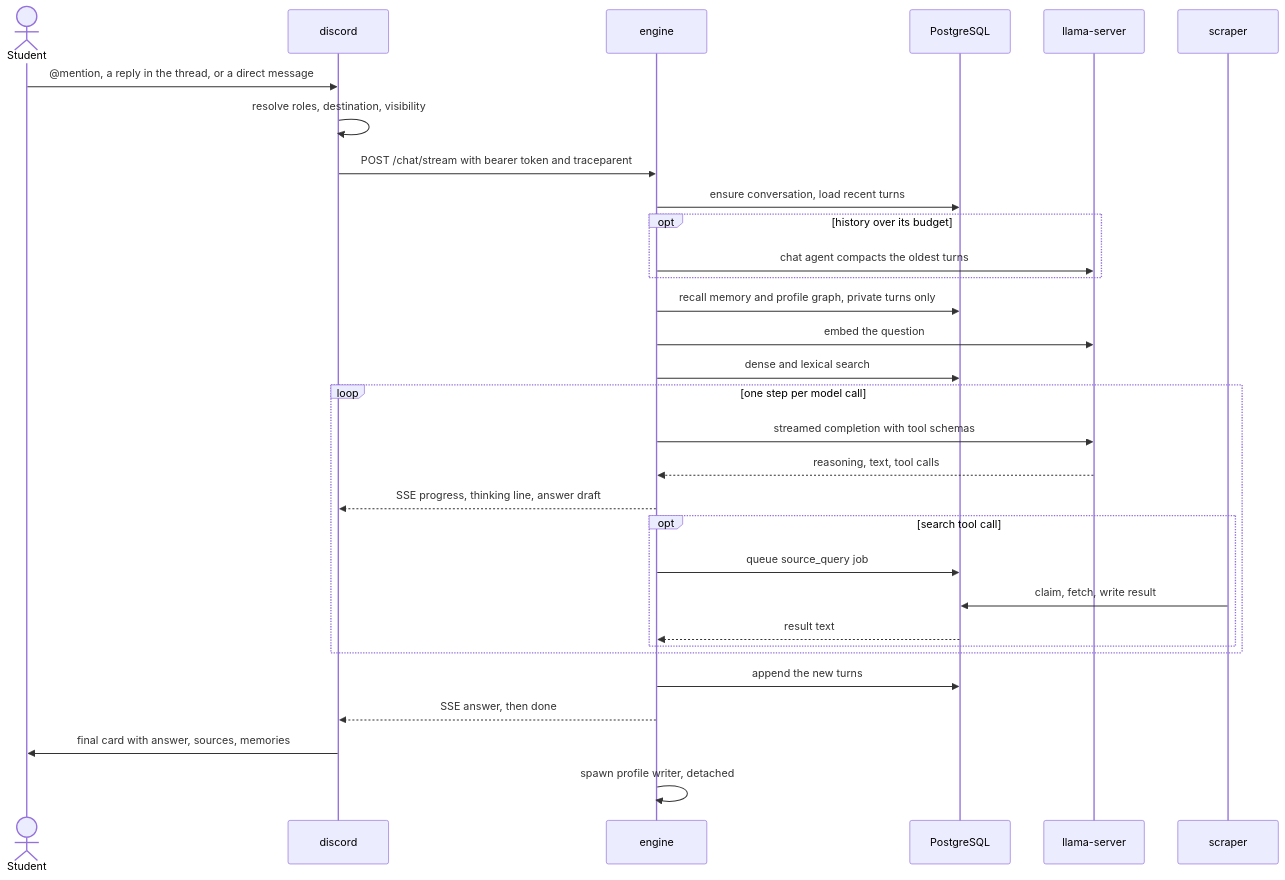
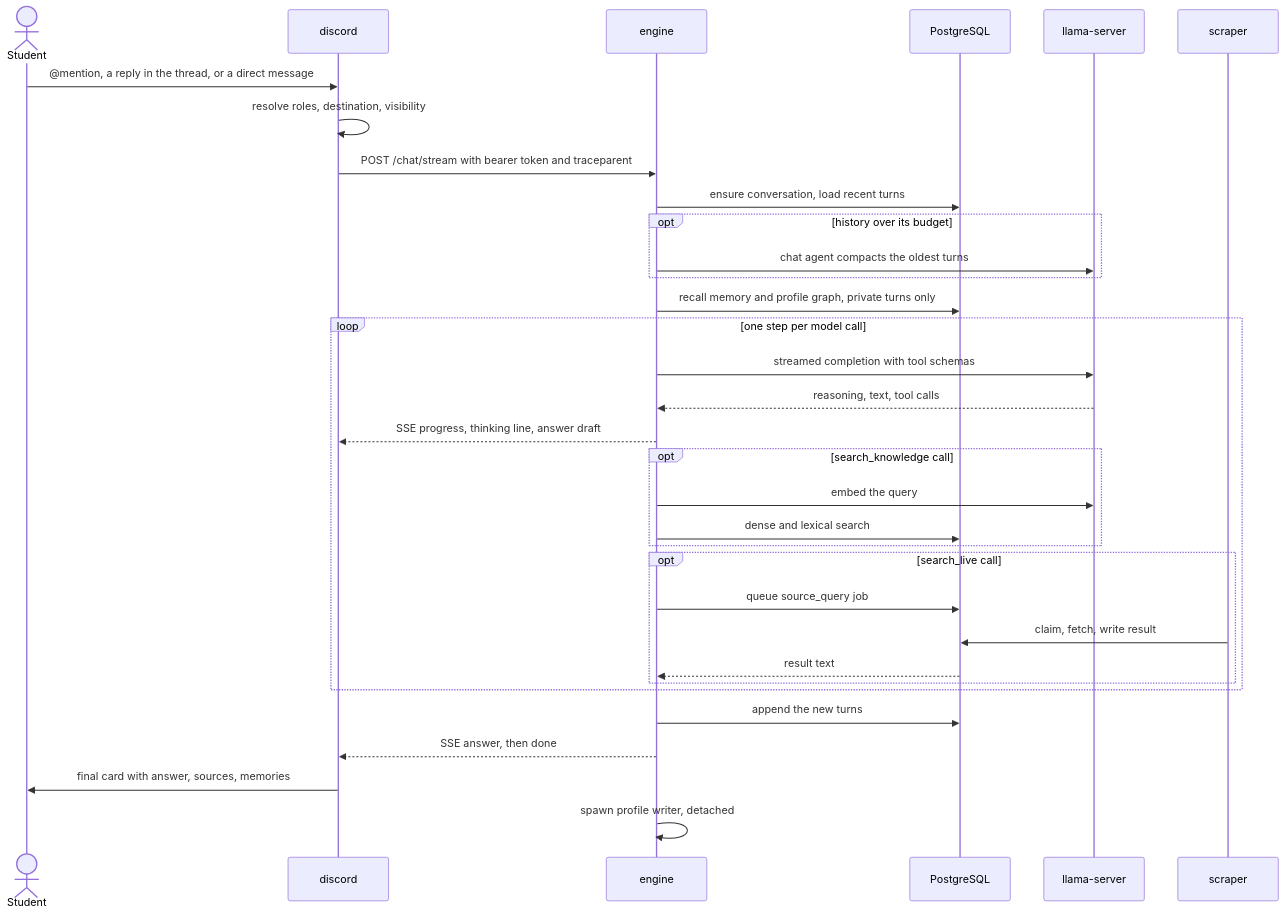
Before and after one commit to ashworks1706/SparkyAI: the third of 10 diagrams in docs/ARCHITECTURE.md, drawn with Mermaid. The commit also changed other lines of this file and 77 other files, not shown here.

````diff
--- a/docs/ARCHITECTURE.md
+++ b/docs/ARCHITECTURE.md
@@ -269,34 +275,36 @@
 ```mermaid
 sequenceDiagram
     actor U as Student
     participant B as discord
     participant E as engine
     participant PG as PostgreSQL
     participant M as llama-server
     participant S as scraper
 
     U->>B: @mention, a reply in the thread, or a direct message
     B->>B: resolve roles, destination, visibility
     B->>E: POST /chat/stream with bearer token and traceparent
     E->>PG: ensure conversation, load recent turns
     opt history over its budget
         E->>M: chat agent compacts the oldest turns
     end
     E->>PG: recall memory and profile graph, private turns only
-    E->>M: embed the question
-    E->>PG: dense and lexical search
     loop one step per model call
         E->>M: streamed completion with tool schemas
         M-->>E: reasoning, text, tool calls
         E-->>B: SSE progress, thinking line, answer draft
-        opt search tool call
+        opt search_knowledge call
+            E->>M: embed the query
+            E->>PG: dense and lexical search
+        end
+        opt search_live call
             E->>PG: queue source_query job
             S->>PG: claim, fetch, write result
             PG-->>E: result text
         end
     end
     E->>PG: append the new turns
     E-->>B: SSE answer, then done
     B->>U: final card with answer, sources, memories
     E->>E: spawn profile writer, detached
 ```
````
